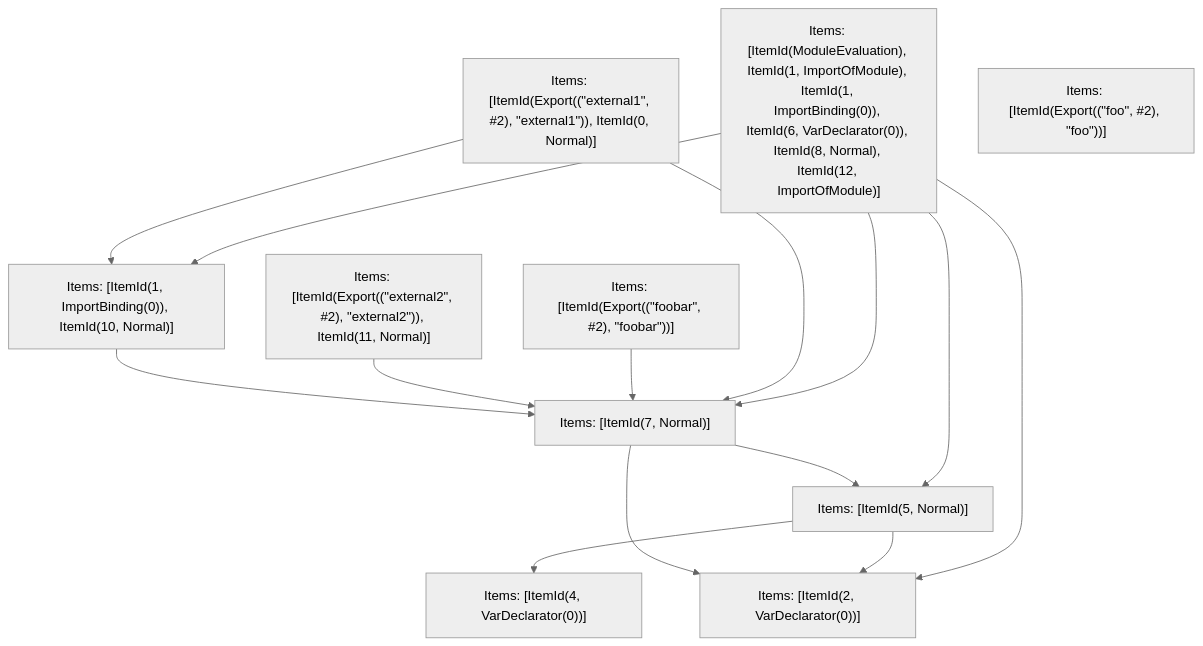
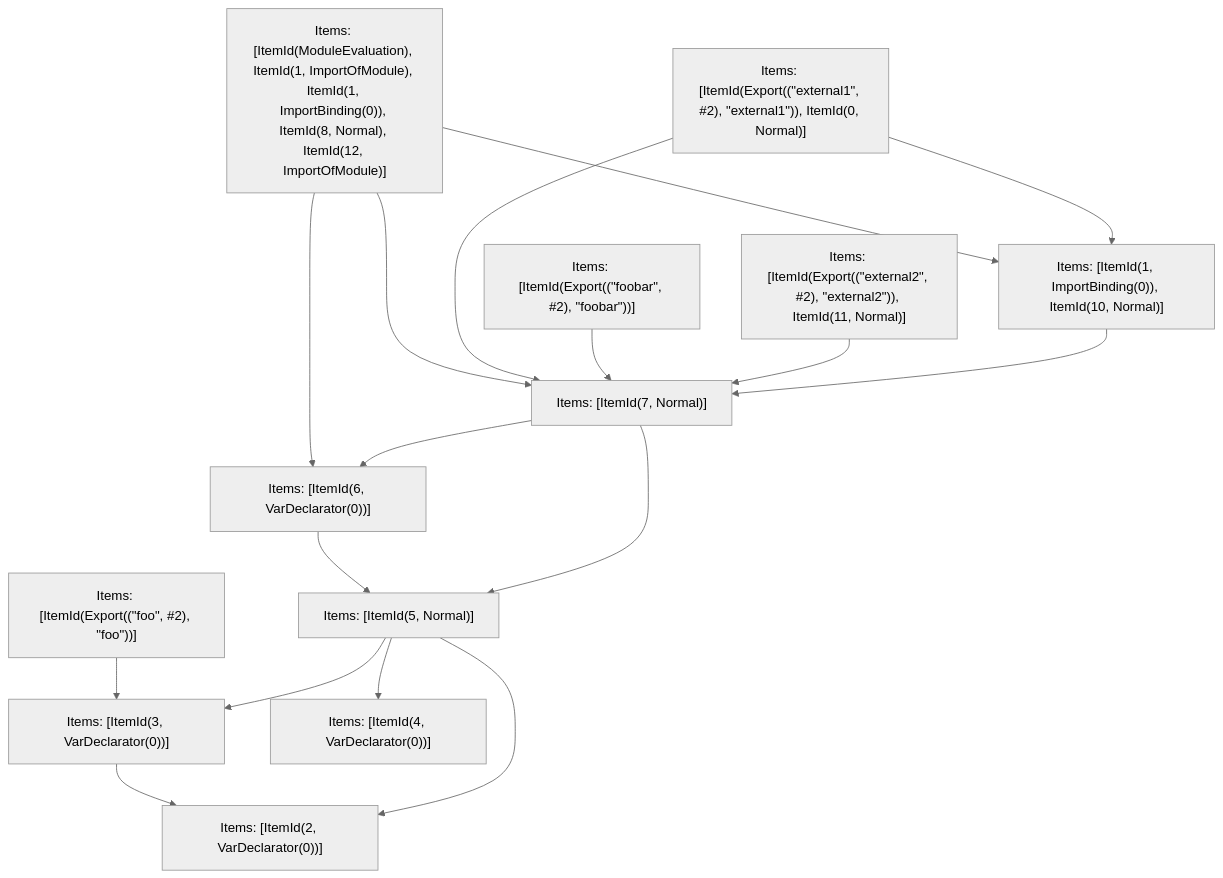
The fifth of 5 diagrams in crates/turbopack-ecmascript/tests/tree-shaker/analyzer/2/output.md (vercel/turborepo), drawn with Mermaid (neutral theme) before and after one commit. The commit also changed other lines of this file and 20 other files, not shown here.

````diff
--- a/crates/turbopack-ecmascript/tests/tree-shaker/analyzer/2/output.md
+++ b/crates/turbopack-ecmascript/tests/tree-shaker/analyzer/2/output.md
@@ -349,26 +338,31 @@
 ```mermaid
 graph TD
-    N0["Items: [ItemId(ModuleEvaluation), ItemId(1, ImportOfModule), ItemId(1, ImportBinding(0)), ItemId(6, VarDeclarator(0)), ItemId(8, Normal), ItemId(12, ImportOfModule)]"];
+    N0["Items: [ItemId(ModuleEvaluation), ItemId(1, ImportOfModule), ItemId(1, ImportBinding(0)), ItemId(8, Normal), ItemId(12, ImportOfModule)]"];
     N1["Items: [ItemId(Export((&quot;external1&quot;, #2), &quot;external1&quot;)), ItemId(0, Normal)]"];
     N2["Items: [ItemId(Export((&quot;foobar&quot;, #2), &quot;foobar&quot;))]"];
     N3["Items: [ItemId(Export((&quot;foo&quot;, #2), &quot;foo&quot;))]"];
     N4["Items: [ItemId(Export((&quot;external2&quot;, #2), &quot;external2&quot;)), ItemId(11, Normal)]"];
     N5["Items: [ItemId(2, VarDeclarator(0))]"];
-    N6["Items: [ItemId(4, VarDeclarator(0))]"];
-    N7["Items: [ItemId(5, Normal)]"];
-    N8["Items: [ItemId(7, Normal)]"];
-    N9["Items: [ItemId(1, ImportBinding(0)), ItemId(10, Normal)]"];
-    N0 --> N7;
-    N0 --> N5;
+    N6["Items: [ItemId(3, VarDeclarator(0))]"];
+    N7["Items: [ItemId(4, VarDeclarator(0))]"];
+    N8["Items: [ItemId(5, Normal)]"];
+    N9["Items: [ItemId(6, VarDeclarator(0))]"];
+    N10["Items: [ItemId(7, Normal)]"];
+    N11["Items: [ItemId(1, ImportBinding(0)), ItemId(10, Normal)]"];
     N0 --> N9;
-    N0 --> N8;
-    N1 --> N9;
-    N1 --> N8;
-    N2 --> N8;
-    N4 --> N8;
-    N7 --> N6;
-    N7 --> N5;
+    N0 --> N11;
+    N0 --> N10;
+    N1 --> N11;
+    N1 --> N10;
+    N2 --> N10;
+    N3 --> N6;
+    N4 --> N10;
+    N6 --> N5;
     N8 --> N7;
     N8 --> N5;
+    N8 --> N6;
     N9 --> N8;
+    N10 --> N8;
+    N10 --> N9;
+    N11 --> N10;
 ```
````
